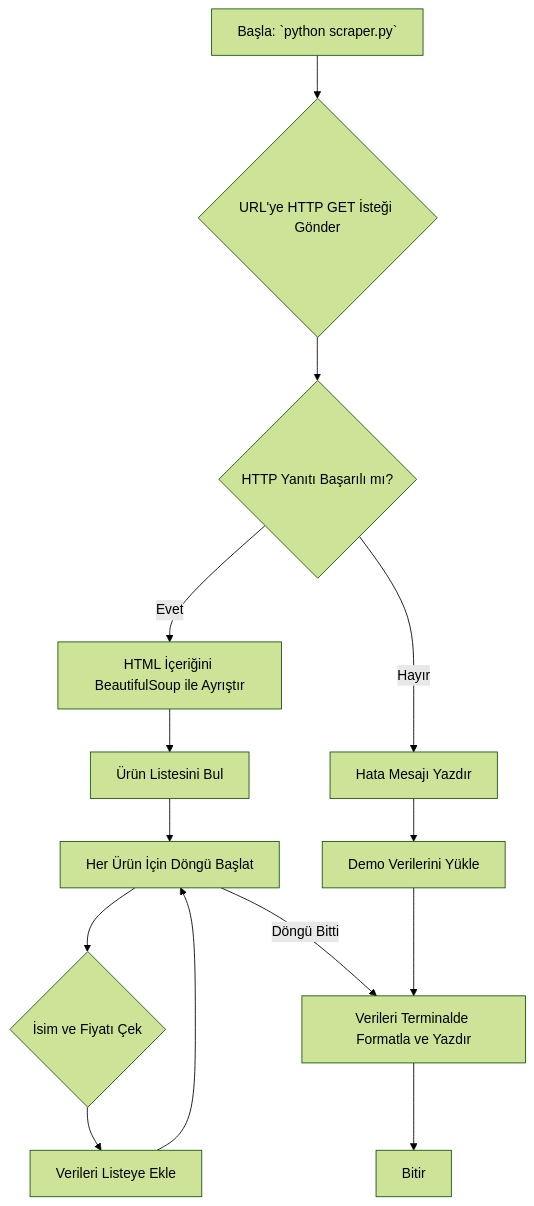
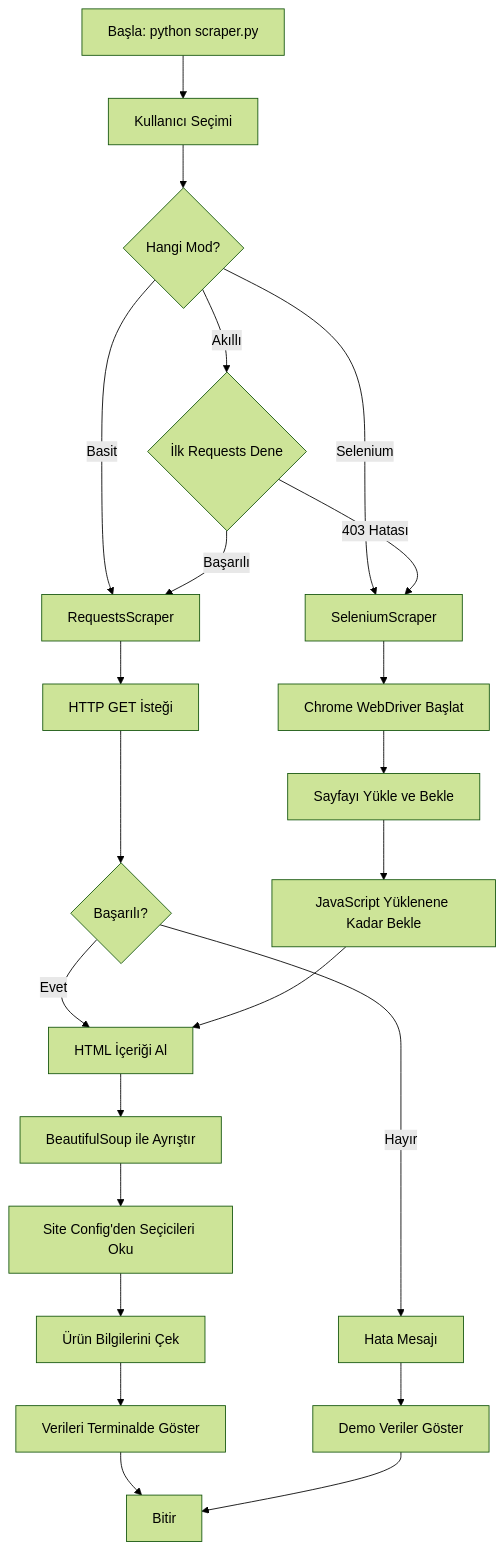
One commit to hazarute/ecommerce-scraper changed the diagram in systemPatterns.md. Above: the diagram before and after it, drawn with Mermaid (forest theme). The commit also changed other lines of this file and 4 other files, not shown here.

````diff
--- a/systemPatterns.md
+++ b/systemPatterns.md
@@ -9,16 +9,34 @@
 ```mermaid
 flowchart TD
-    A[Başla: `python scraper.py`] --> B{URL'ye HTTP GET İsteği Gönder};
-    B --> C{HTTP Yanıtı Başarılı mı?};
-    C -->|Evet| D[HTML İçeriğini BeautifulSoup ile Ayrıştır];
-    D --> E[Ürün Listesini Bul];
-    E --> F[Her Ürün İçin Döngü Başlat];
-    F --> G{İsim ve Fiyatı Çek};
-    G --> H[Verileri Listeye Ekle];
-    H --> F;
-    F -- Döngü Bitti --> I[Verileri Terminalde Formatla ve Yazdır];
-    I --> J[Bitir];
-    C -->|Hayır| K[Hata Mesajı Yazdır];
-    K --> L[Demo Verilerini Yükle];
-    L --> I;
+    A[Başla: python scraper.py] --> B[Kullanıcı Seçimi]
+    B --> C{Hangi Mod?}
+    
+    C -->|Basit| D[RequestsScraper]
+    C -->|Selenium| E[SeleniumScraper]
+    C -->|Akıllı| F{İlk Requests Dene}
+    
+    F -->|Başarılı| D
+    F -->|403 Hatası| E
+    
+    D --> G[HTTP GET İsteği]
+    E --> H[Chrome WebDriver Başlat]
+    
+    G --> I{Başarılı?}
+    H --> J[Sayfayı Yükle ve Bekle]
+    
+    I -->|Evet| K[HTML İçeriği Al]
+    I -->|Hayır| L[Hata Mesajı]
+    
+    J --> M[JavaScript Yüklenene Kadar Bekle]
+    M --> K
+    
+    K --> N[BeautifulSoup ile Ayrıştır]
+    N --> O[Site Config'den Seçicileri Oku]
+    O --> P[Ürün Bilgilerini Çek]
+    
+    P --> Q[Verileri Terminalde Göster]
+    L --> R[Demo Veriler Göster]
+    
+    Q --> S[Bitir]
+    R --> S
 ```
````
